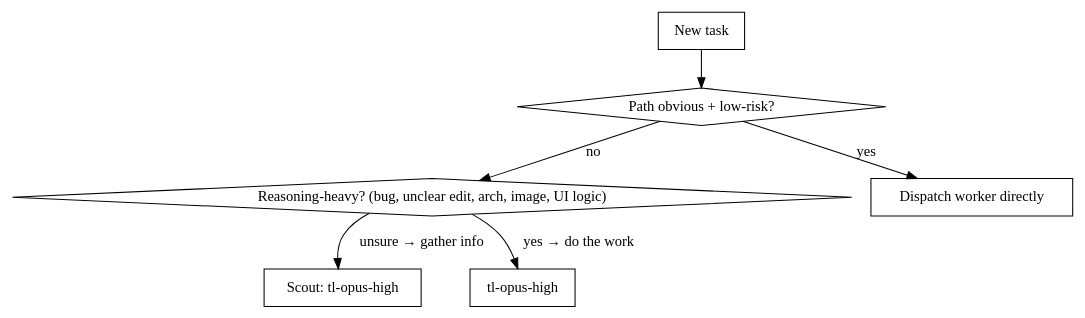
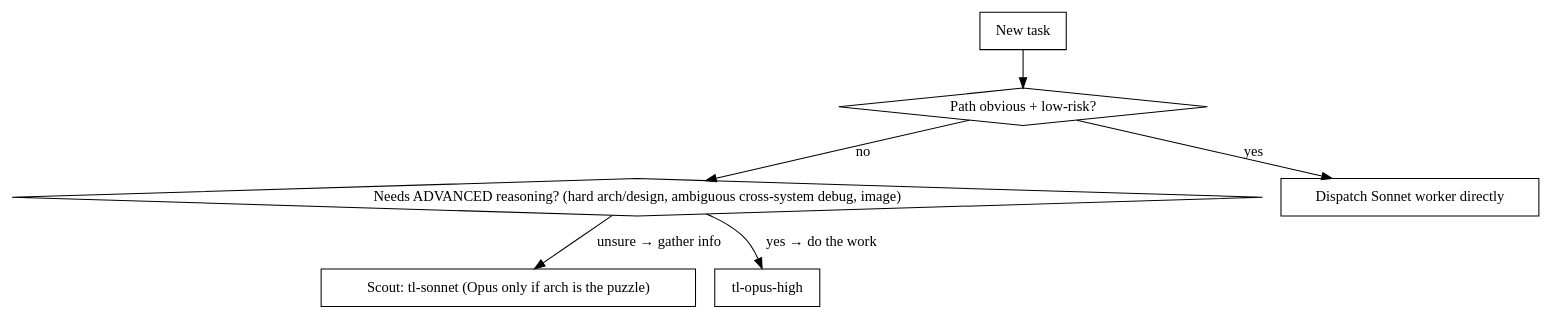
The diagram in skills/teamlead/SKILL.md (Ritze03/claude-teamlead), drawn with Graphviz before and after one commit. The commit also changed other lines of this file and 4 other files, not shown here.

First line of the commit message:
routing: default to pinned Sonnet 5, reserve Opus for advanced reasoning

````diff
--- a/skills/teamlead/SKILL.md
+++ b/skills/teamlead/SKILL.md
@@ -54,16 +56,16 @@
 ```dot
 digraph route {
   "New task" [shape=box];
   "Path obvious + low-risk?" [shape=diamond];
-  "Reasoning-heavy? (bug, unclear edit, arch, image, UI logic)" [shape=diamond];
-  "Dispatch worker directly" [shape=box];
-  "Scout: tl-opus-high" [shape=box];
+  "Needs ADVANCED reasoning? (hard arch/design, ambiguous cross-system debug, image)" [shape=diamond];
+  "Dispatch Sonnet worker directly" [shape=box];
+  "Scout: tl-sonnet (Opus only if arch is the puzzle)" [shape=box];
   "tl-opus-high" [shape=box];
 
   "New task" -> "Path obvious + low-risk?";
-  "Path obvious + low-risk?" -> "Dispatch worker directly" [label="yes"];
-  "Path obvious + low-risk?" -> "Reasoning-heavy? (bug, unclear edit, arch, image, UI logic)" [label="no"];
-  "Reasoning-heavy? (bug, unclear edit, arch, image, UI logic)" -> "tl-opus-high" [label="yes → do the work"];
-  "Reasoning-heavy? (bug, unclear edit, arch, image, UI logic)" -> "Scout: tl-opus-high" [label="unsure → gather info"];
+  "Path obvious + low-risk?" -> "Dispatch Sonnet worker directly" [label="yes"];
+  "Path obvious + low-risk?" -> "Needs ADVANCED reasoning? (hard arch/design, ambiguous cross-system debug, image)" [label="no"];
+  "Needs ADVANCED reasoning? (hard arch/design, ambiguous cross-system debug, image)" -> "tl-opus-high" [label="yes → do the work"];
+  "Needs ADVANCED reasoning? (hard arch/design, ambiguous cross-system debug, image)" -> "Scout: tl-sonnet (Opus only if arch is the puzzle)" [label="unsure → gather info"];
 }
 ```
````
